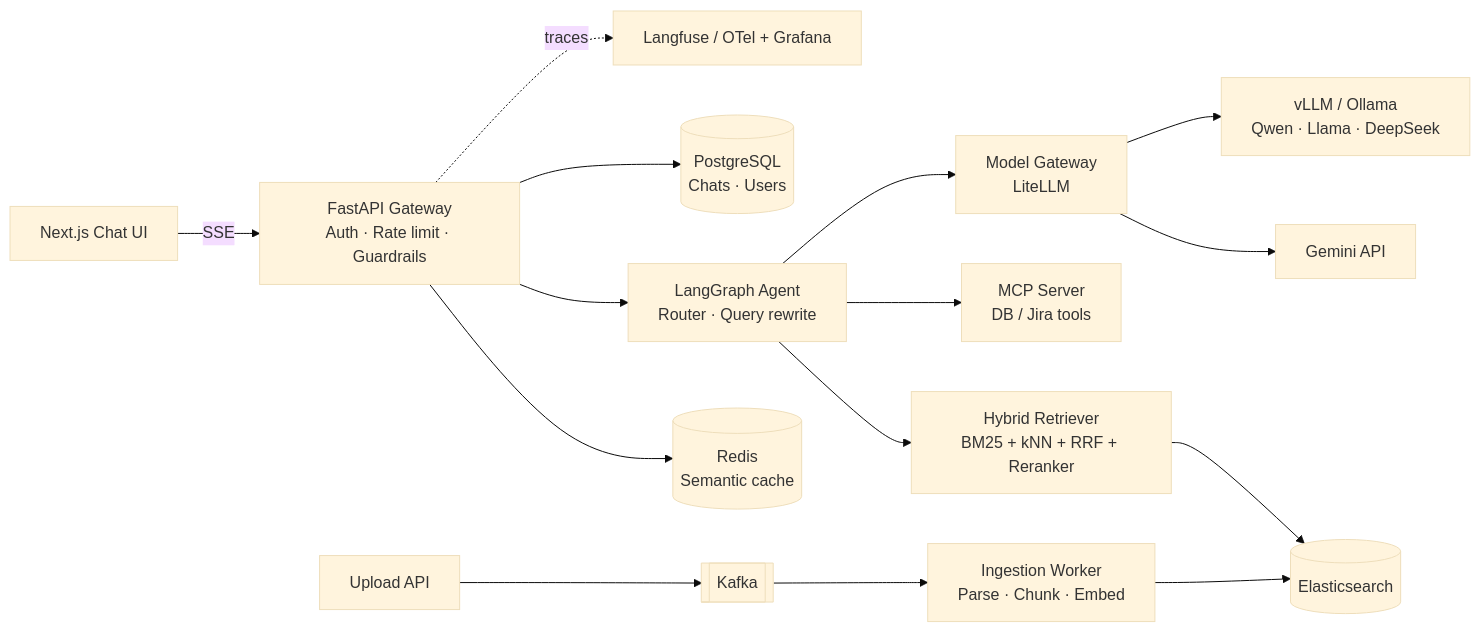
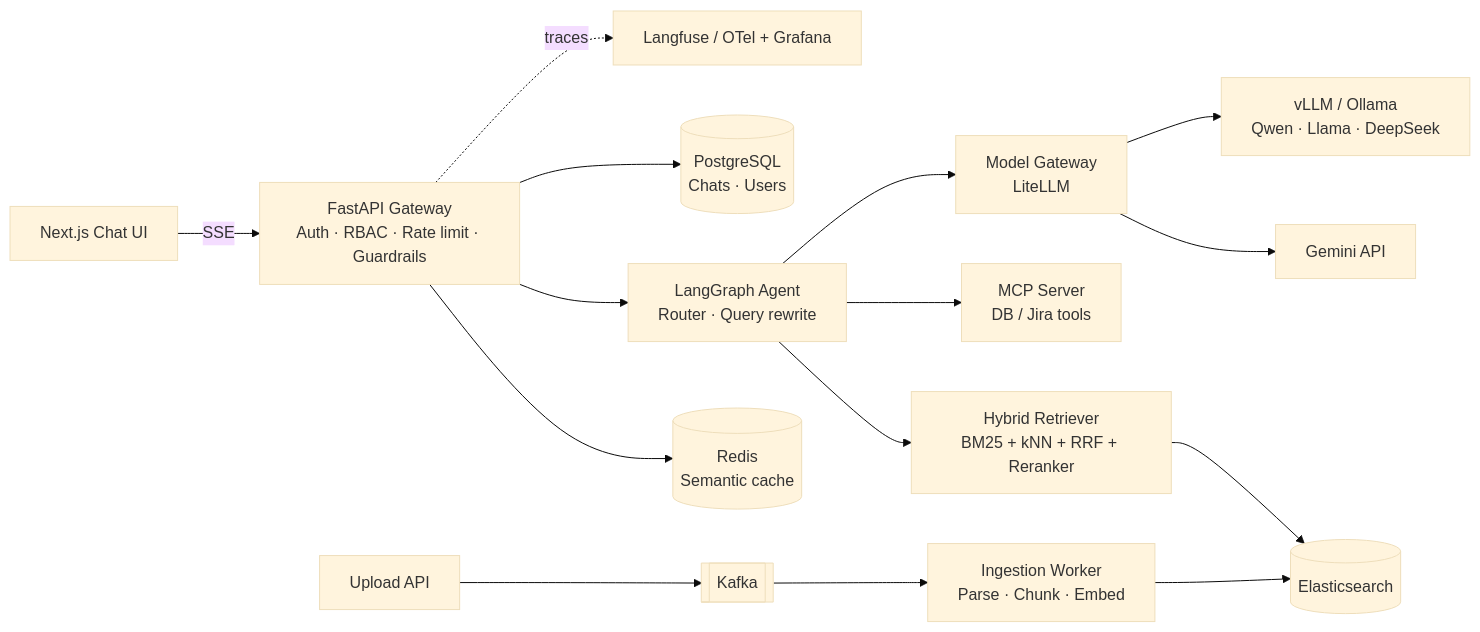
The diagram in README.md (agrawalsajal02/LLM-Project), drawn with Mermaid (base theme) before and after one commit. The commit also changed other lines of this file, not shown here.

First line of the commit message:
Add RBAC to Phase 6 of roadmap

````diff
--- a/README.md
+++ b/README.md
@@ -24,15 +24,15 @@
 ```mermaid
 flowchart LR
-    UI[Next.js Chat UI] -- SSE --> API[FastAPI Gateway<br/>Auth · Rate limit · Guardrails]
+    UI[Next.js Chat UI] -- SSE --> API[FastAPI Gateway<br/>Auth · RBAC · Rate limit · Guardrails]
     API --> CACHE[(Redis<br/>Semantic cache)]
     API --> AGENT[LangGraph Agent<br/>Router · Query rewrite]
     AGENT --> RAG[Hybrid Retriever<br/>BM25 + kNN + RRF + Reranker]
     AGENT --> MCP[MCP Server<br/>DB / Jira tools]
     AGENT --> GW[Model Gateway<br/>LiteLLM]
     GW --> GEM[Gemini API]
     GW --> VLLM[vLLM / Ollama<br/>Qwen · Llama · DeepSeek]
     RAG --> ES[(Elasticsearch)]
     API --> PG[(PostgreSQL<br/>Chats · Users)]
     UPLOAD[Upload API] --> KAFKA[[Kafka]] --> WORKER[Ingestion Worker<br/>Parse · Chunk · Embed] --> ES
     API -. traces .-> OBS[Langfuse / OTel + Grafana]
 ```
````
